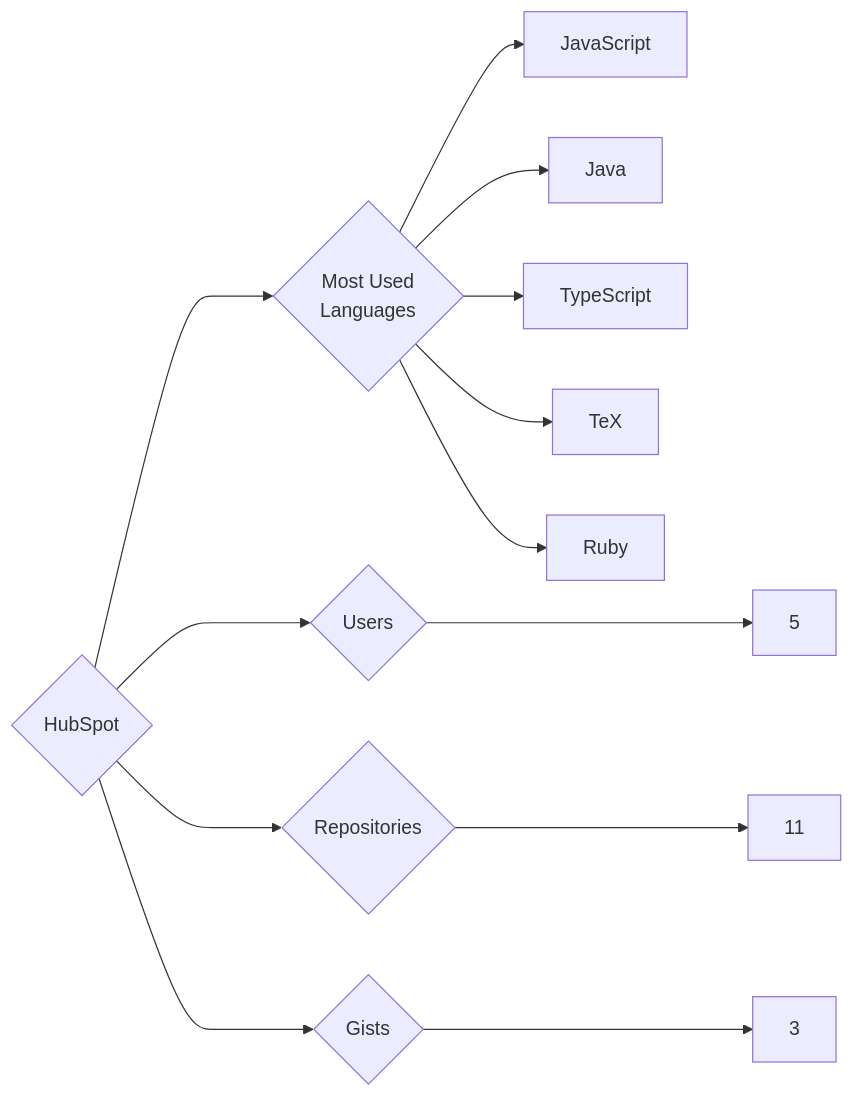
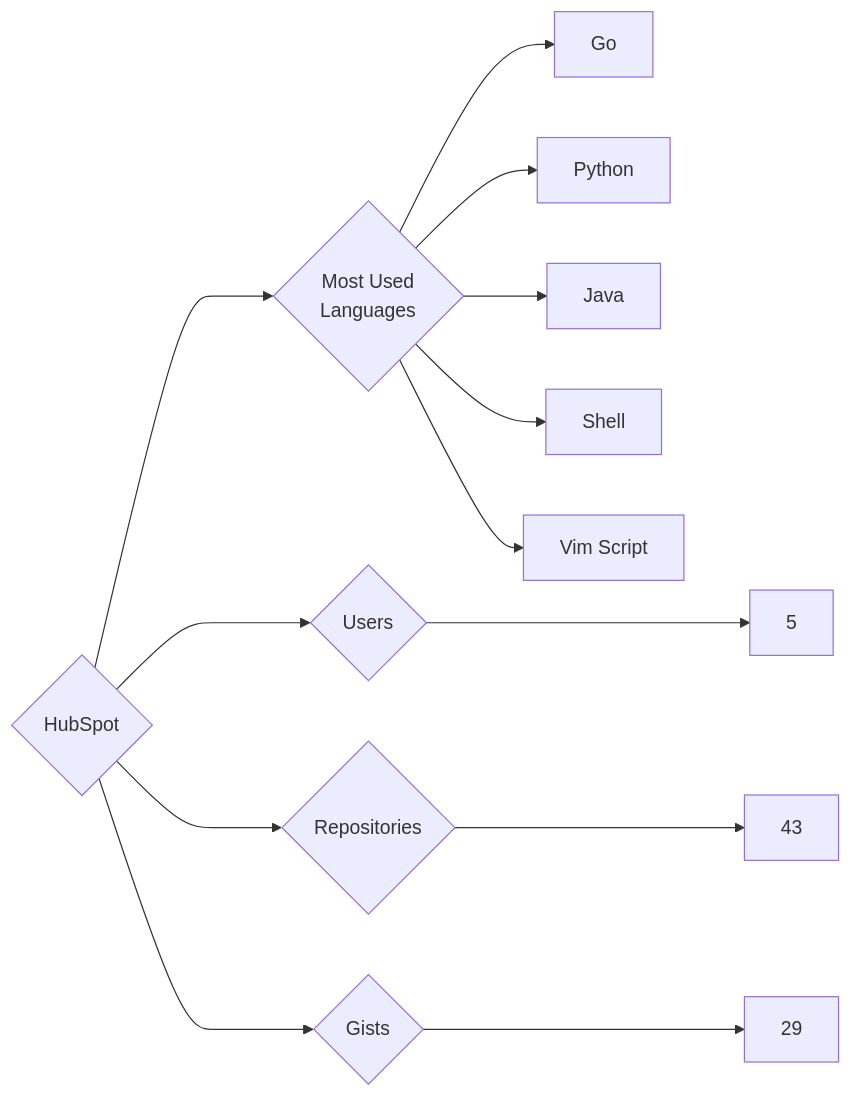
The diagram in targets/HubSpot/README.md (trickest/insiders), drawn with Mermaid before and after one commit. The commit also changed 1055 other files, not shown here.

````diff
--- a/targets/HubSpot/README.md
+++ b/targets/HubSpot/README.md
@@ -3,13 +3,13 @@
 ```mermaid
 graph LR
 COMPANY_NAME{HubSpot}
 COMPANY_NAME ---> U{Users} ---> UN[5]
-COMPANY_NAME ---> R{Repositories} ---> RN[11]
-COMPANY_NAME ---> G{Gists} ---> GN[3]
+COMPANY_NAME ---> R{Repositories} ---> RN[43]
+COMPANY_NAME ---> G{Gists} ---> GN[29]
 COMPANY_NAME ---> ML{Most Used<br>Languages}
-ML --> JavaScript[JavaScript]
+ML --> Go[Go]
+ML --> Python[Python]
 ML --> Java[Java]
-ML --> TypeScript[TypeScript]
-ML --> TeX[TeX]
-ML --> Ruby[Ruby]
+ML --> Shell[Shell]
+ML --> Vim_Script[Vim Script]
 ```
````
